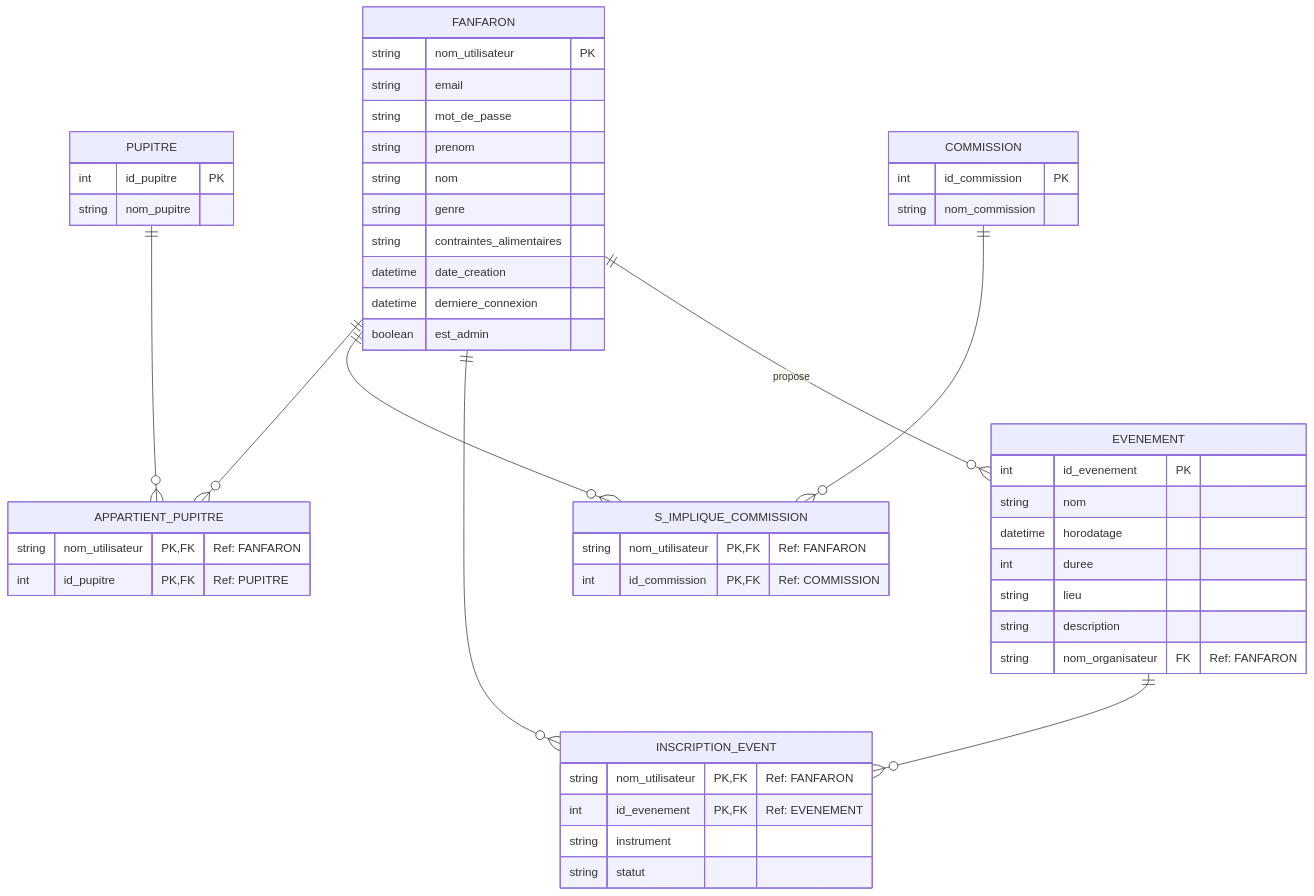
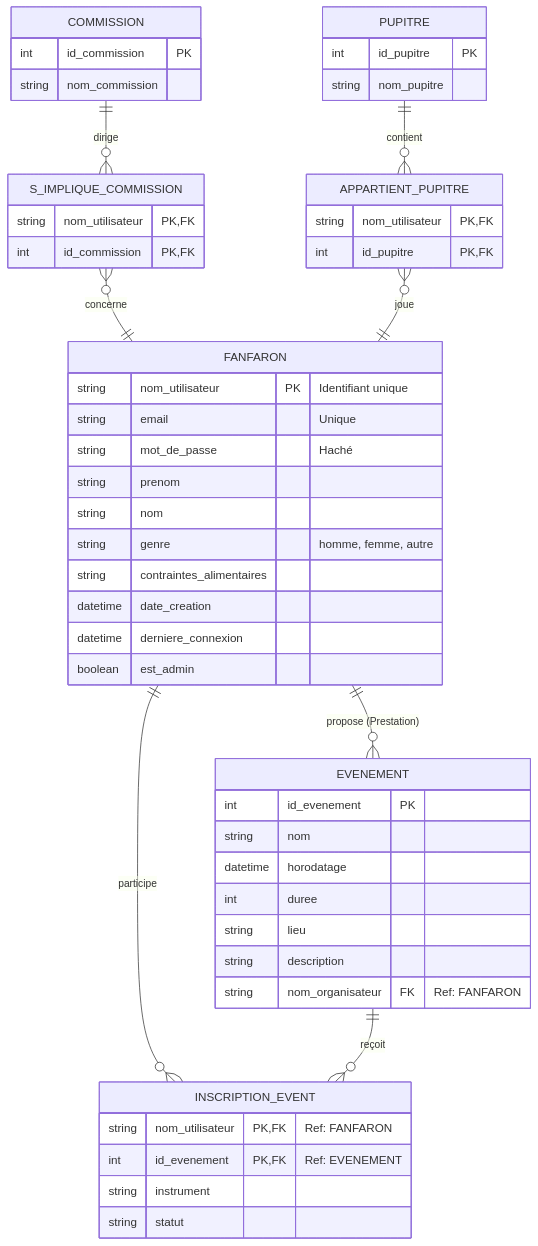
One commit to housni2003/projet_info_reparti changed the second of 2 diagrams in README.md. Above: the diagram before and after it, drawn with Mermaid.

Commit message:
Modification MLD

````diff
--- a/README.md
+++ b/README.md
@@ -57,63 +57,62 @@
 ```mermaid
-erDiagram
+    erDiagram
+    COMMISSION ||--o{ S_IMPLIQUE_COMMISSION : "dirige"
+    PUPITRE ||--o{ APPARTIENT_PUPITRE : "contient"
+
+    S_IMPLIQUE_COMMISSION }o--|| FANFARON : "concerne"
+    APPARTIENT_PUPITRE }o--|| FANFARON : "joue"
+
     FANFARON {
-        string nom_utilisateur PK
-        string email
-        string mot_de_passe
+        string nom_utilisateur PK "Identifiant unique"
+        string email "Unique"
+        string mot_de_passe "Haché"
         string prenom
         string nom
-        string genre
+        string genre "homme, femme, autre"
         string contraintes_alimentaires
         datetime date_creation
         datetime derniere_connexion
         boolean est_admin
     }
 
-    PUPITRE {
-        int id_pupitre PK
-        string nom_pupitre
-    }
+%% --- CONNEXIONS VERS LA DROITE ---
+    FANFARON ||--o{ EVENEMENT : "propose (Prestation) "
+    FANFARON ||--o{ INSCRIPTION_EVENT : "participe"
+    EVENEMENT ||--o{ INSCRIPTION_EVENT : "reçoit"
 
-    COMMISSION {
-        int id_commission PK
-        string nom_commission
-    }
-
+%% --- PÔLE ACTIVITÉ (DROITE) ---
     EVENEMENT {
         int id_evenement PK
         string nom
         datetime horodatage
         int duree
         string lieu
         string description
-        string nom_organisateur FK "Ref: FANFARON"
+        string nom_organisateur FK "Ref: FANFARON "
     }
 
     INSCRIPTION_EVENT {
         string nom_utilisateur PK, FK "Ref: FANFARON"
         int id_evenement PK, FK "Ref: EVENEMENT"
         string instrument
         string statut
     }
 
+%% TABLES DE JOINTURE SIMPLIFIÉES
+    COMMISSION {
+        int id_commission PK
+        string nom_commission ""
+    }
+    PUPITRE {
+        int id_pupitre PK
+        string nom_pupitre ""
+    }
     APPARTIENT_PUPITRE {
-        string nom_utilisateur PK, FK "Ref: FANFARON"
-        int id_pupitre PK, FK "Ref: PUPITRE"
+        string nom_utilisateur PK, FK
+        int id_pupitre PK, FK
     }
-
     S_IMPLIQUE_COMMISSION {
-        string nom_utilisateur PK, FK "Ref: FANFARON"
-        int id_commission PK, FK "Ref: COMMISSION"
+        string nom_utilisateur PK, FK
+        int id_commission PK, FK
     }
-
-    FANFARON ||--o{ APPARTIENT_PUPITRE : ""
-    PUPITRE ||--o{ APPARTIENT_PUPITRE : ""
-
-    FANFARON ||--o{ S_IMPLIQUE_COMMISSION : ""
-    COMMISSION ||--o{ S_IMPLIQUE_COMMISSION : ""
-
-    FANFARON ||--o{ INSCRIPTION_EVENT : ""
-    EVENEMENT ||--o{ INSCRIPTION_EVENT : ""
-
-    FANFARON ||--o{ EVENEMENT : "propose"
 ```
````
